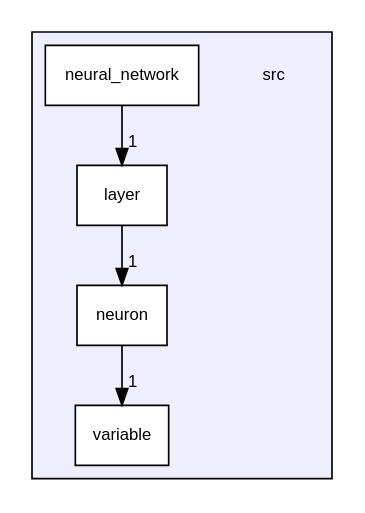
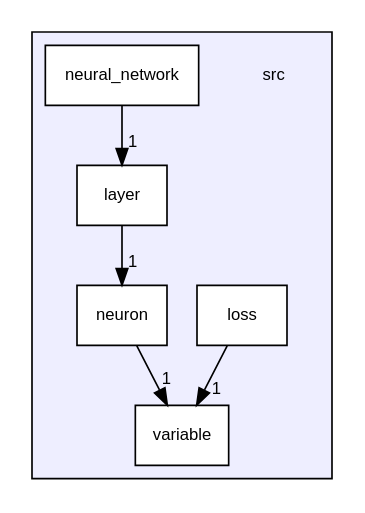
One commit to MaoSong2022/TinyNeuralNetwork changed the diagram in dir_68267d1309a1af8e8297ef4c3efbcdba_dep.dot. Above: the diagram before and after it, drawn with Graphviz. The commit also changed 73 other files, not shown here.

```diff
--- a/dir_68267d1309a1af8e8297ef4c3efbcdba_dep.dot
+++ b/dir_68267d1309a1af8e8297ef4c3efbcdba_dep.dot
@@ -1,16 +1,18 @@
 digraph "/home/runner/work/TinyNeuralNetwork/TinyNeuralNetwork/src" {
   compound=true
   node [ fontsize="10", fontname="Helvetica"];
   edge [ labelfontsize="10", labelfontname="Helvetica"];
   subgraph clusterdir_68267d1309a1af8e8297ef4c3efbcdba {
     graph [ bgcolor="#eeeeff", pencolor="black", label="" URL="dir_68267d1309a1af8e8297ef4c3efbcdba.html"];
     dir_68267d1309a1af8e8297ef4c3efbcdba [shape=plaintext label="src"];
   dir_8b1b1d3ff28e273b117e2ca277e8d05f [shape=box label="layer" fillcolor="white" style="filled" URL="dir_8b1b1d3ff28e273b117e2ca277e8d05f.html"];
+  dir_f372b5d0e0b042a6c6b947f9ebe48d59 [shape=box label="loss" fillcolor="white" style="filled" URL="dir_f372b5d0e0b042a6c6b947f9ebe48d59.html"];
   dir_a4c1bc47733d52c12dcbe7406a6f5ba1 [shape=box label="neural_network" fillcolor="white" style="filled" URL="dir_a4c1bc47733d52c12dcbe7406a6f5ba1.html"];
   dir_0c9ea08de28bb1cd5197f7d034c44c7e [shape=box label="neuron" fillcolor="white" style="filled" URL="dir_0c9ea08de28bb1cd5197f7d034c44c7e.html"];
   dir_dd920bd76ff7422f03265981cd757b41 [shape=box label="variable" fillcolor="white" style="filled" URL="dir_dd920bd76ff7422f03265981cd757b41.html"];
   }
   dir_a4c1bc47733d52c12dcbe7406a6f5ba1->dir_8b1b1d3ff28e273b117e2ca277e8d05f [headlabel="1", labeldistance=1.5 headhref="dir_000002_000001.html"];
   dir_8b1b1d3ff28e273b117e2ca277e8d05f->dir_0c9ea08de28bb1cd5197f7d034c44c7e [headlabel="1", labeldistance=1.5 headhref="dir_000001_000003.html"];
+  dir_f372b5d0e0b042a6c6b947f9ebe48d59->dir_dd920bd76ff7422f03265981cd757b41 [headlabel="1", labeldistance=1.5 headhref="dir_000005_000004.html"];
   dir_0c9ea08de28bb1cd5197f7d034c44c7e->dir_dd920bd76ff7422f03265981cd757b41 [headlabel="1", labeldistance=1.5 headhref="dir_000003_000004.html"];
 }
```
